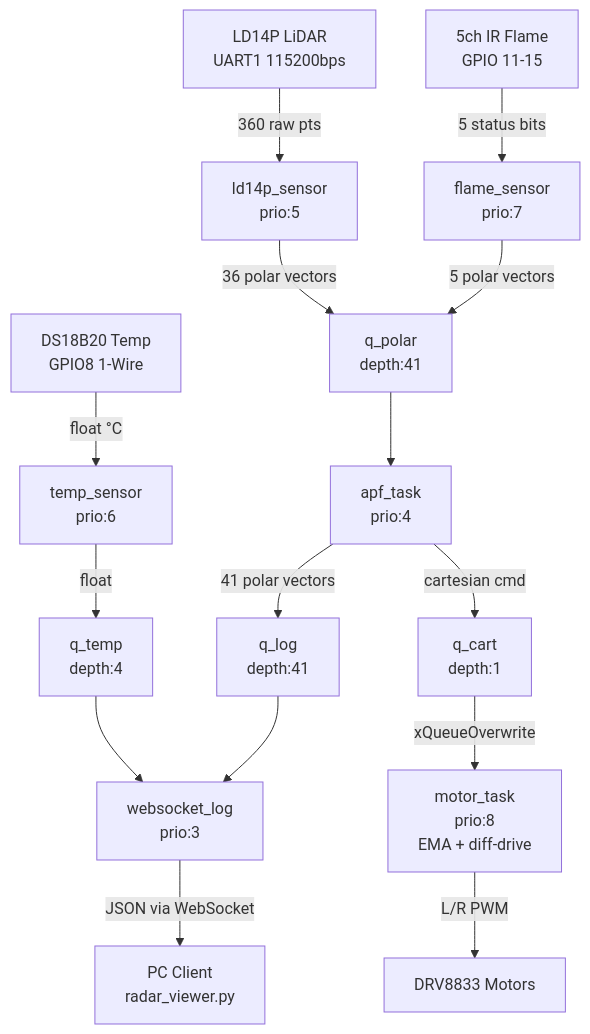
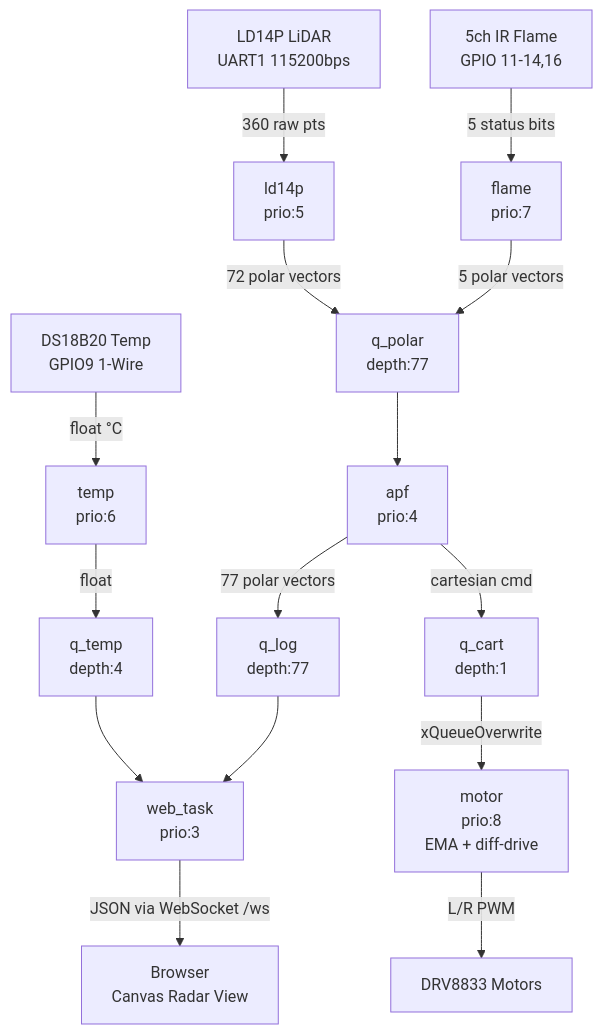
One commit to axwhizee/TARS changed the diagram in README.md. Above: the diagram before and after it, drawn with Mermaid. The commit also changed other lines of this file and 30 other files, not shown here.

First line of the commit message:
功能：引入了较为完整的Web服务，支持浏览器直接访问雷达视图；

````diff
--- a/README.md
+++ b/README.md
@@ -81,22 +85,22 @@
 ```mermaid
 graph TD
-    LD14P[LD14P LiDAR<br/>UART1 115200bps] -->|360 raw pts| LIDAR[ld14p_sensor<br/>prio:5]
-    FLAME[5ch IR Flame<br/>GPIO 11-15] -->|5 status bits| FL_TASK[flame_sensor<br/>prio:7]
-    DS18B20[DS18B20 Temp<br/>GPIO8 1-Wire] -->|float °C| TEMP[temp_sensor<br/>prio:6]
+    LD14P[LD14P LiDAR<br/>UART1 115200bps] -->|360 raw pts| LIDAR[ld14p<br/>prio:5]
+    FLAME[5ch IR Flame<br/>GPIO 11-14,16] -->|5 status bits| FL_TASK[flame<br/>prio:7]
+    DS18B20[DS18B20 Temp<br/>GPIO9 1-Wire] -->|float °C| TEMP[temp<br/>prio:6]
 
-    LIDAR -->|36 polar vectors| QP[q_polar<br/>depth:41]
+    LIDAR -->|72 polar vectors| QP[q_polar<br/>depth:77]
     FL_TASK -->|5 polar vectors| QP
     TEMP -->|float| QT[q_temp<br/>depth:4]
 
-    QP --> APF[apf_task<br/>prio:4]
-    APF -->|41 polar vectors| QL[q_log<br/>depth:41]
+    QP --> APF[apf<br/>prio:4]
+    APF -->|77 polar vectors| QL[q_log<br/>depth:77]
     APF -->|cartesian cmd| QC[q_cart<br/>depth:1]
 
-    QL --> WS[websocket_log<br/>prio:3]
-    QT --> WS
+    QL --> WEB[web_task<br/>prio:3]
+    QT --> WEB
 
-    WS -->|JSON via WebSocket| PC[PC Client<br/>radar_viewer.py]
-    QC -->|xQueueOverwrite| MOTOR[motor_task<br/>prio:8<br/>EMA + diff-drive]
+    WEB -->|JSON via WebSocket /ws| BROWSER[Browser<br/>Canvas Radar View]
+    QC -->|xQueueOverwrite| MOTOR[motor<br/>prio:8<br/>EMA + diff-drive]
 
     MOTOR -->|L/R PWM| DRV[DRV8833 Motors]
 ```
````
